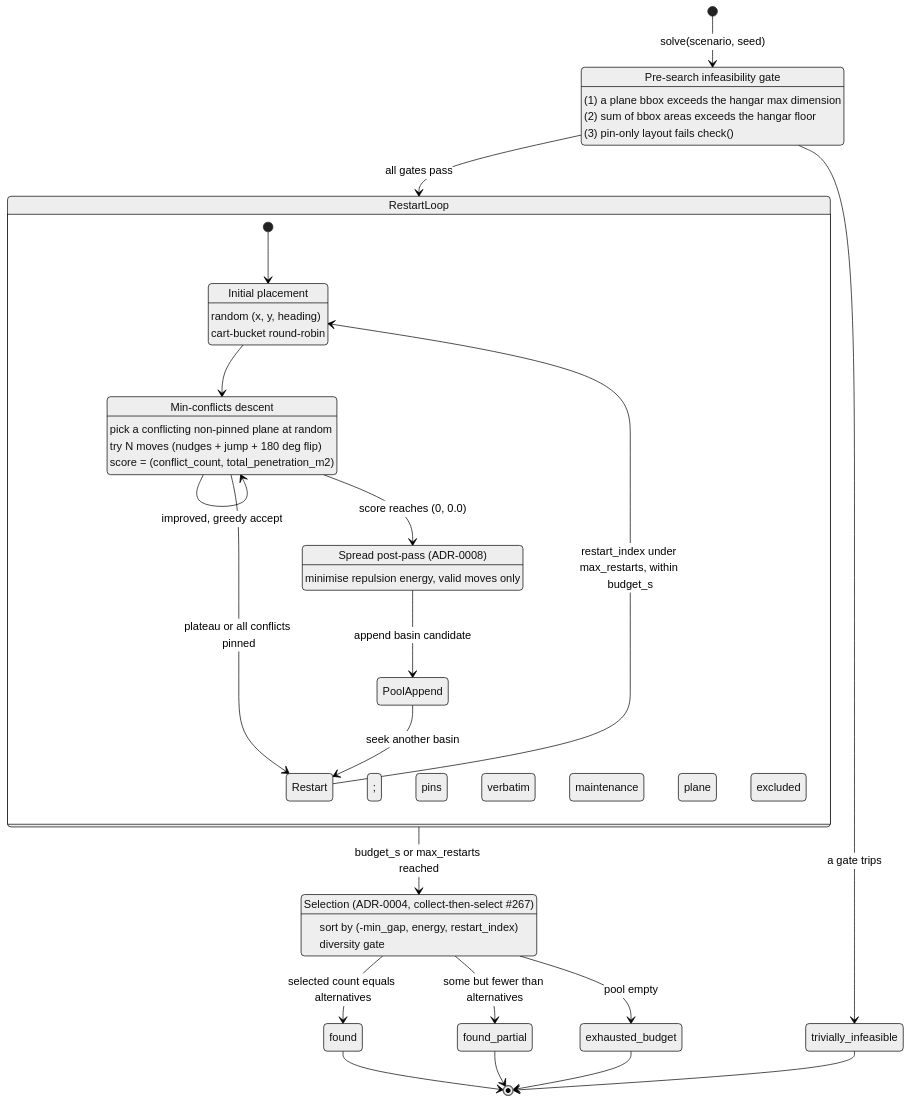
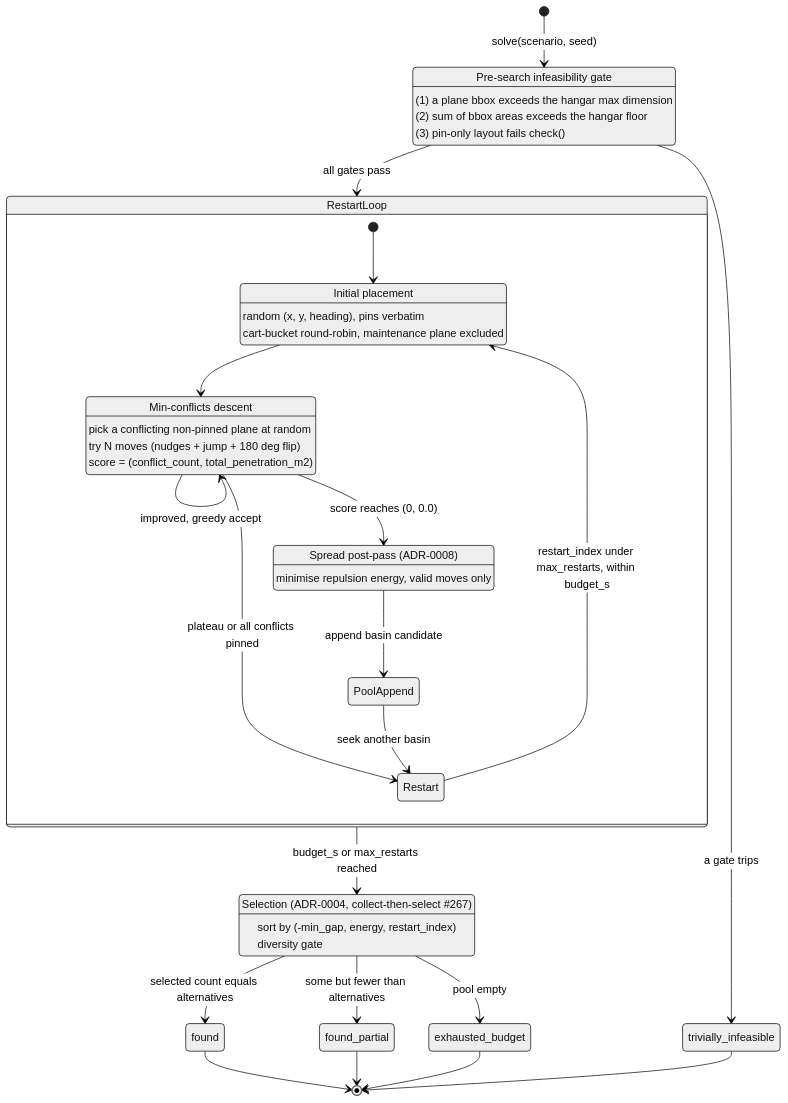
The second of 2 diagrams in docs/architecture/05-building-block-view.md (DocGerd/hangarfit), drawn with Mermaid (neutral theme) before and after one commit. The commit also changed 1 other file, not shown here.

Commit message:
fix(docs): remove mermaid-breaking semicolons from §6/§5 diagrams (#371)
The Scenario 3 sequence diagram note 'plans[i] = None;<br/>plane → …'
failed to render: mermaid's sequence grammar treats ';' as a statement
separator, so it terminated the note string early and then tried to
parse '<br/>plane → diagnostics…' as a new statement (expecting an arrow,
got the Unicode '→'). Replaced the ';' with ',' and dropped that arrow.

Defensive same-class fixes (couldn't be locally render-verified):
- §6 else label 'else ≥1 routable' → 'else at least 1 routable' (the
  parser died before reaching it, so the Unicode ≥ was unvalidated).
- §5 stateDiagram InitialPlacement descriptions: ';' → ',' (two lines),
  in case stateDiagram-v2 treats ';' as a separator too.

The remaining '→' arrows are confirmed-safe: the pre-existing Scenario
1/2 diagrams already use '→' in notes and '>' in an else-label and
render fine on GitHub.

````diff
--- a/docs/architecture/05-building-block-view.md
+++ b/docs/architecture/05-building-block-view.md
@@ -214,47 +214,47 @@
 ```mermaid
 stateDiagram-v2
     direction TB
     [*] --> PreSearchGate : solve(scenario, seed)
 
     PreSearchGate : Pre-search infeasibility gate
     PreSearchGate : (1) a plane bbox exceeds the hangar max dimension
     PreSearchGate : (2) sum of bbox areas exceeds the hangar floor
     PreSearchGate : (3) pin-only layout fails check()
 
     PreSearchGate --> trivially_infeasible : a gate trips
     PreSearchGate --> RestartLoop : all gates pass
 
     state RestartLoop {
         direction TB
         [*] --> InitialPlacement
         InitialPlacement : Initial placement
-        InitialPlacement : random (x, y, heading); pins verbatim
-        InitialPlacement : cart-bucket round-robin; maintenance plane excluded
+        InitialPlacement : random (x, y, heading), pins verbatim
+        InitialPlacement : cart-bucket round-robin, maintenance plane excluded
         InitialPlacement --> Descent
         Descent : Min-conflicts descent
         Descent : pick a conflicting non-pinned plane at random
         Descent : try N moves (nudges + jump + 180 deg flip)
         Descent : score = (conflict_count, total_penetration_m2)
         Descent --> Descent : improved, greedy accept
         Descent --> Spread : score reaches (0, 0.0)
         Descent --> Restart : plateau or all conflicts pinned
         Spread : Spread post-pass (ADR-0008)
         Spread : minimise repulsion energy, valid moves only
         Spread --> PoolAppend : append basin candidate
         PoolAppend --> Restart : seek another basin
         Restart --> InitialPlacement : restart_index under max_restarts, within budget_s
     }
 
     RestartLoop --> Select : budget_s or max_restarts reached
     Select : Selection (ADR-0004, collect-then-select #267)
     Select : sort by (-min_gap, energy, restart_index)
     Select : diversity gate
     Select --> found : selected count equals alternatives
     Select --> found_partial : some but fewer than alternatives
     Select --> exhausted_budget : pool empty
 
     found --> [*]
     found_partial --> [*]
     exhausted_budget --> [*]
     trivially_infeasible --> [*]
 ```
````
